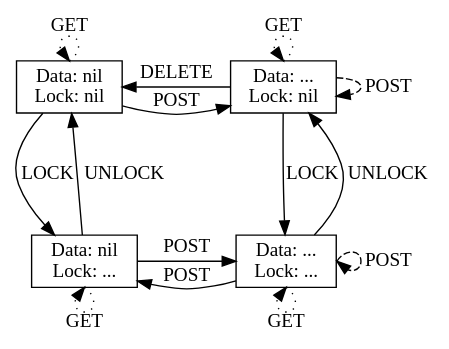
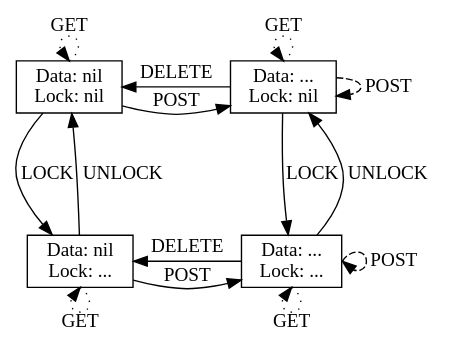
One commit to markcaudill/terraform-http-backend changed the diagram in terraform/fsm.dot. Above: the diagram before and after it, drawn with Graphviz. The commit also changed 1 other file, not shown here.

```diff
--- a/terraform/fsm.dot
+++ b/terraform/fsm.dot
@@ -1,30 +1,30 @@
 digraph {
 	node [
 		shape = "box";
 	];
 
 	edge [
 		minlen = "2";
 	];
 
 	"Data: nil\nLock: nil":n -> "Data: nil\nLock: nil":n [label=GET; style=dotted];
 	"Data: nil\nLock: nil"   -> "Data: ...\nLock: nil"   [label=POST];
 	"Data: nil\nLock: nil"   -> "Data: nil\nLock: ..."   [label=LOCK];
 
 	"Data: ...\nLock: nil":n -> "Data: ...\nLock: nil":n [label=GET, style=dotted];
 	"Data: ...\nLock: nil"   -> "Data: ...\nLock: nil"   [label=POST, style=dashed];
 	"Data: ...\nLock: nil"   -> "Data: nil\nLock: nil"   [label=DELETE];
 	"Data: ...\nLock: nil"   -> "Data: ...\nLock: ..."   [label=LOCK];
 
 	"Data: nil\nLock: ...":s -> "Data: nil\nLock: ...":s [label=GET, style=dotted];
 	"Data: nil\nLock: ..."   -> "Data: ...\nLock: ..."   [label=POST];
 	"Data: nil\nLock: ..."   -> "Data: nil\nLock: nil"   [label=UNLOCK];
 
 	"Data: ...\nLock: ...":s -> "Data: ...\nLock: ...":s [label=GET, style=dotted];
 	"Data: ...\nLock: ...":e -> "Data: ...\nLock: ...":e [label=POST, style=dashed];
 	"Data: ...\nLock: ..."   -> "Data: ...\nLock: nil"   [label=UNLOCK];
-	"Data: ...\nLock: ..."   -> "Data: nil\nLock: ..."   [label=POST];
+	"Data: ...\nLock: ..."   -> "Data: nil\nLock: ..."   [label=DELETE];
 
 	{rank=same; "Data: nil\nLock: nil"; "Data: ...\nLock: nil"}
 	{rank=same; "Data: nil\nLock: ..."; "Data: ...\nLock: ..."}
 }
```
